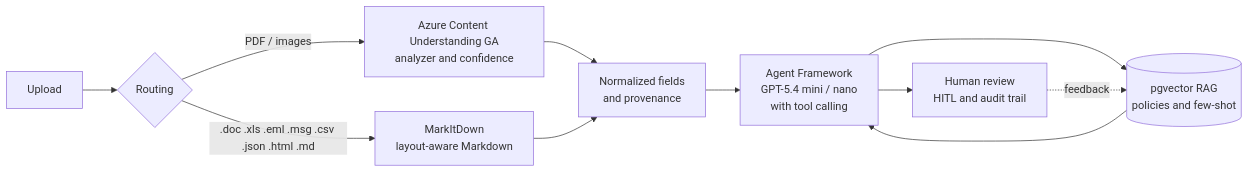
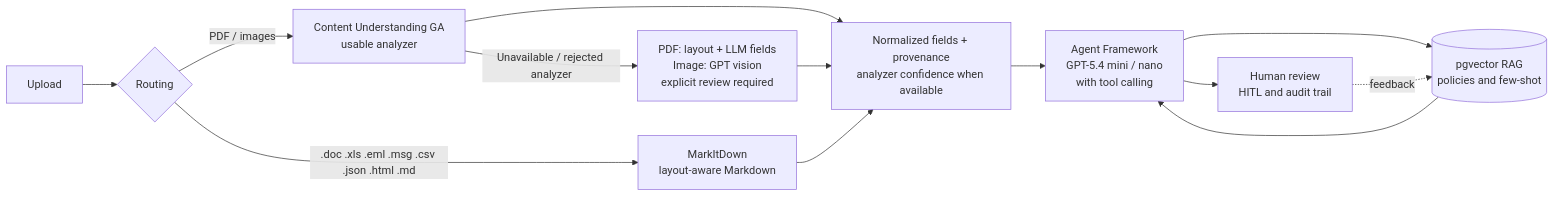
One commit to olivMertens/PrevaIq changed the second of 2 diagrams in docs/architecture.md. Above: the diagram before and after it, drawn with Mermaid. The commit also changed other lines of this file and 19 other files, not shown here.

Commit message:
docs: refresh screenshots and synchronize architecture

````diff
--- a/docs/architecture.md
+++ b/docs/architecture.md
@@ -153,13 +162,15 @@
 ```mermaid
 flowchart LR
     U["Upload"] --> R{"Routing"}
-    R -->|"PDF / images"| CU["Azure Content Understanding GA<br/>analyzer and confidence"]
+    R -->|"PDF / images"| CU["Content Understanding GA<br/>usable analyzer"]
     R -->|".doc .xls .eml .msg .csv .json .html .md"| MD["MarkItDown<br/>layout-aware Markdown"]
-    CU --> N["Normalized fields<br/>and provenance"]
+    CU --> N["Normalized fields + provenance<br/>analyzer confidence when available"]
+    CU -->|"Unavailable / rejected analyzer"| F["PDF: layout + LLM fields<br/>Image: GPT vision<br/>explicit review required"]
+    F --> N
     MD --> N
     N --> A["Agent Framework<br/>GPT-5.4 mini / nano<br/>with tool calling"]
     A --> RAG[("pgvector RAG<br/>policies and few-shot")]
     RAG --> A
     A --> H["Human review<br/>HITL and audit trail"]
     H -.->|"feedback"| RAG
 ```
````
